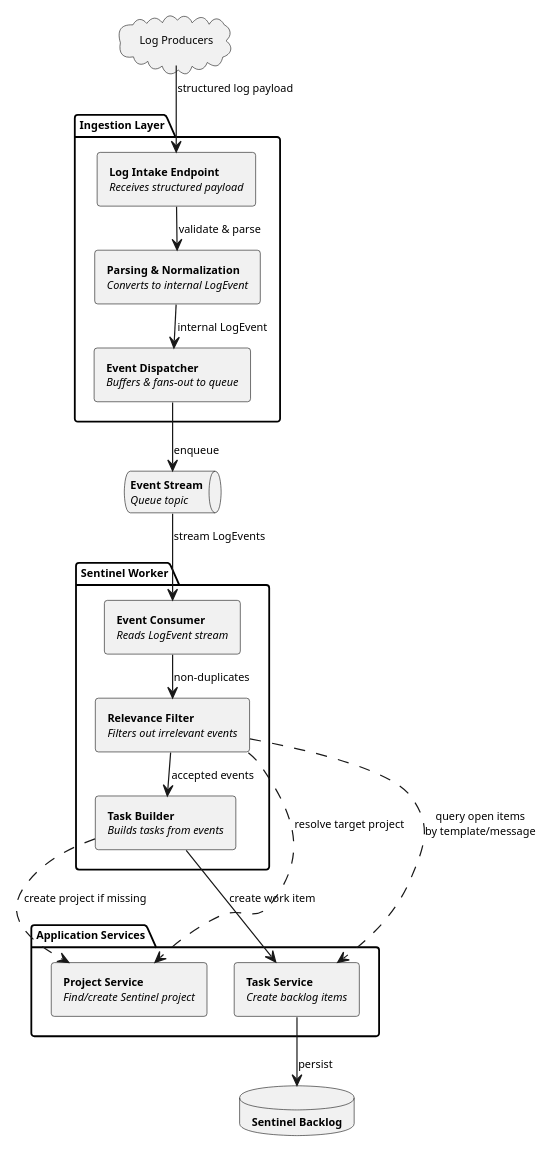
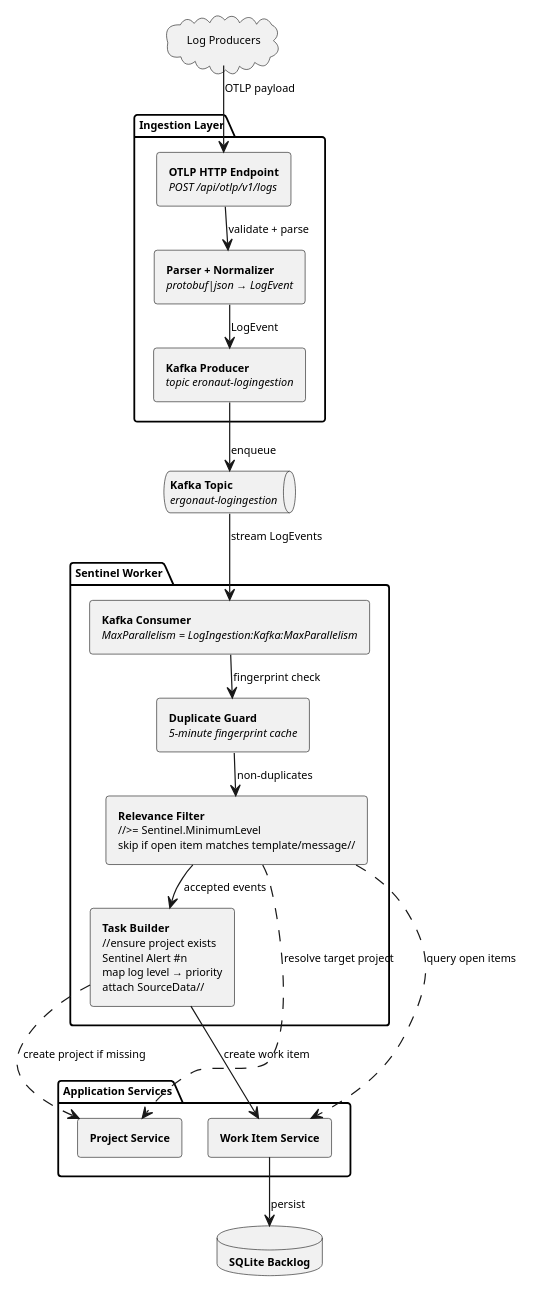
The diagram in docs/report/figures/sentinel-task-flow.puml (LukasLeindals/ergonaut), drawn with PlantUML before and after one commit. The commit also changed 2 other files, not shown here.

```diff
--- a/docs/report/figures/sentinel-task-flow.puml
+++ b/docs/report/figures/sentinel-task-flow.puml
@@ -1,53 +1,54 @@
 @startuml sentinel_task_definition
-
 top to bottom direction
 scale 0.75
 
 skinparam componentStyle rectangle
 skinparam DefaultFontSize 9
 skinparam TitleFontSize 12
 skinparam ComponentFontSize 9
 skinparam PackagePadding 4
 skinparam ComponentPadding 4
 skinparam ComponentSpacing 6
 skinparam NodeSep 22
 skinparam RankSep 22
 
 cloud "Log Producers" as Producers
 
 package "Ingestion Layer" {
-  component "**Log Intake Endpoint**\n//Receives structured payload//" as Intake
-  component "**Parsing & Normalization**\n//Converts to internal LogEvent//" as Normalize
-  component "**Event Dispatcher**\n//Buffers & fans-out to queue//" as Dispatch
+  component "**OTLP HTTP Endpoint**\n//POST /api/otlp/v1/logs//" as Intake
+  component "**Parser + Normalizer**\n//protobuf|json → LogEvent//" as Normalize
+  component "**Kafka Producer**\n//topic eronaut-logingestion//" as Dispatch
 }
 
-queue "**Event Stream**\n//Queue topic//" as EventStream
+queue "**Kafka Topic**\n//ergonaut-logingestion//" as EventStream
 
 package "Sentinel Worker" {
-  component "**Event Consumer**\n//Reads LogEvent stream//" as Consumer
-  component "**Relevance Filter**\n//Filters out irrelevant events//" as Filter
-  component "**Task Builder**\n//Builds tasks from events//" as Builder
+  component "**Kafka Consumer**\n//MaxParallelism = LogIngestion:Kafka:MaxParallelism//" as Consumer
+  component "**Duplicate Guard**\n//5-minute fingerprint cache//" as Deduper
+  component "**Relevance Filter**\n//>= Sentinel.MinimumLevel\nskip if open item matches template/message//" as Filter
+  component "**Task Builder**\n//ensure project exists\nSentinel Alert #n\nmap log level → priority\nattach SourceData//" as Builder
 }
 
 package "Application Services" {
-  component "**Project Service**\n//Find/create Sentinel project//" as ProjectService
-  component "**Task Service**\n//Create backlog items//" as TaskService
+  component "**Project Service**" as ProjectService
+  component "**Work Item Service**" as TaskService
 }
 
-database "**Sentinel Backlog**" as Backlog
+database "**SQLite Backlog**" as Backlog
 
-Producers --> Intake : structured log payload
-Intake --> Normalize : validate & parse
-Normalize --> Dispatch : internal LogEvent
+Producers --> Intake : OTLP payload
+Intake --> Normalize : validate + parse
+Normalize --> Dispatch : LogEvent
 Dispatch --> EventStream : enqueue
 
 EventStream --> Consumer : stream LogEvents
-Consumer --> Filter : non-duplicates
+Consumer --> Deduper : fingerprint check
+Deduper --> Filter : non-duplicates
 Filter ..> ProjectService : resolve target project
-Filter ..> TaskService : query open items\nby template/message
+Filter ..> TaskService : query open items
 Filter --> Builder : accepted events
 Builder ..> ProjectService : create project if missing
 Builder --> TaskService : create work item
 TaskService --> Backlog : persist
 
 @enduml
```
